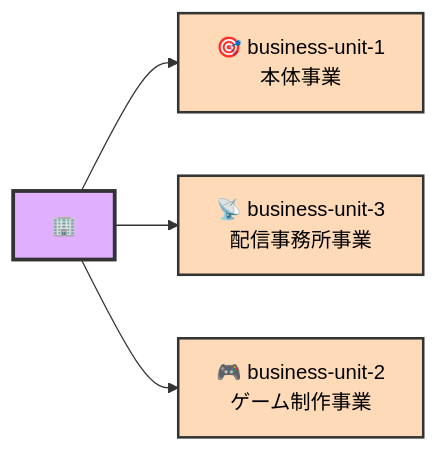
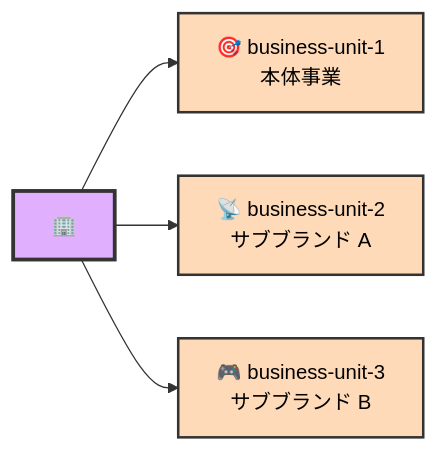
Before and after one commit to inoutvillage/brain-company: the third of 3 diagrams in org-chart.md, drawn with Mermaid. The commit also changed other lines of this file and 8 other files, not shown here.

````diff
--- a/org-chart.md
+++ b/org-chart.md
@@ -66,16 +84,16 @@
 ```mermaid
 graph LR
     COMP["🏢 <YOUR_COMPANY>"]
-    IOV["🎯 business-unit-1<br/>本体事業"]
-    SLV["📡 business-unit-3<br/>配信事務所事業"]
-    VGM["🎮 business-unit-2<br/>ゲーム制作事業"]
+    BU1["🎯 business-unit-1<br/>本体事業"]
+    BU2["📡 business-unit-2<br/>サブブランド A"]
+    BU3["🎮 business-unit-3<br/>サブブランド B"]
 
-    COMP --> IOV
-    COMP --> SLV
-    COMP --> VGM
+    COMP --> BU1
+    COMP --> BU2
+    COMP --> BU3
 
     classDef corp fill:#e0b0ff,stroke:#333,stroke-width:3px,color:#000
     classDef bu fill:#ffdab9,stroke:#333,stroke-width:2px,color:#000
     class COMP corp
-    class IOV,SLV,VGM bu
+    class BU1,BU2,BU3 bu
 ```
````
